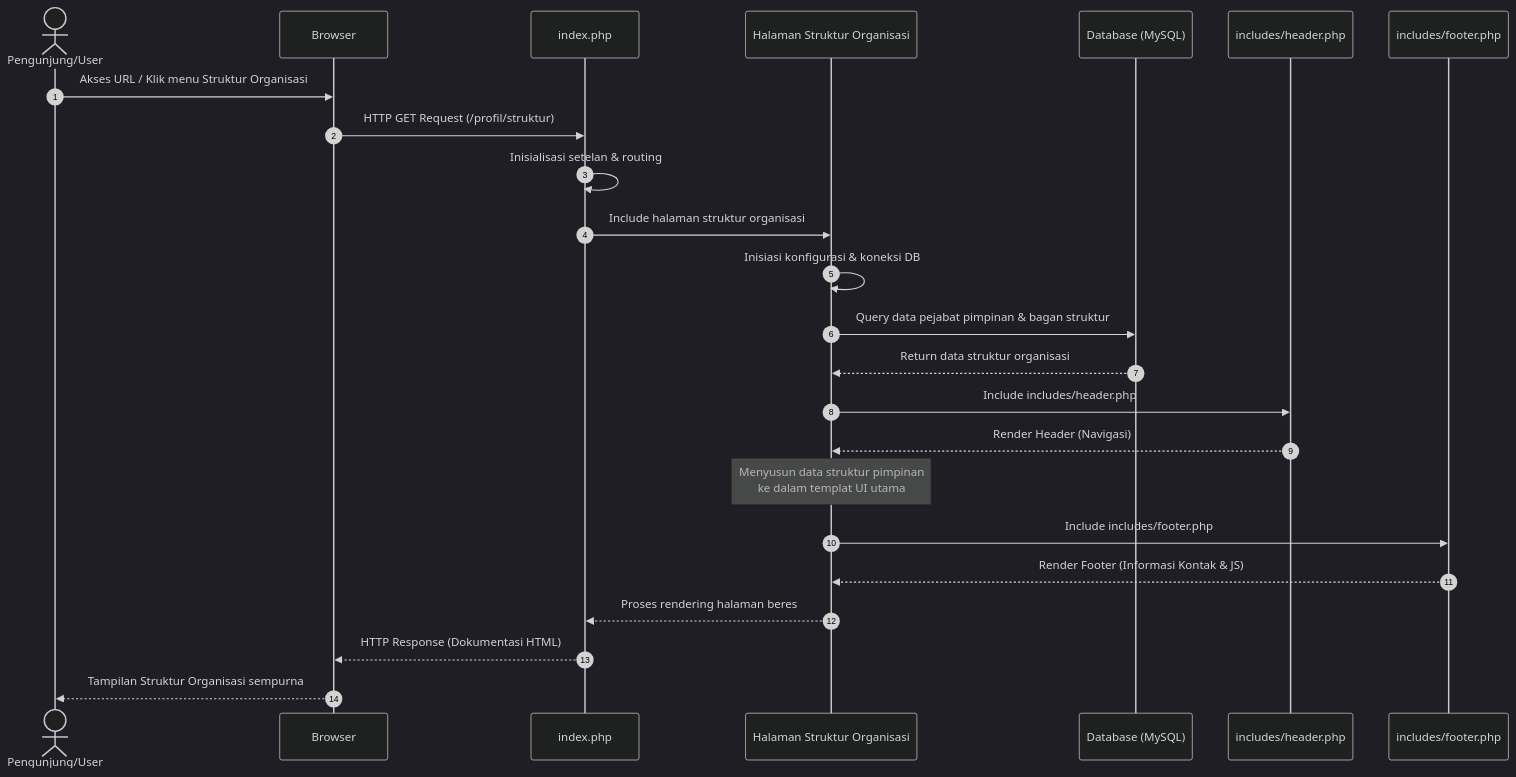
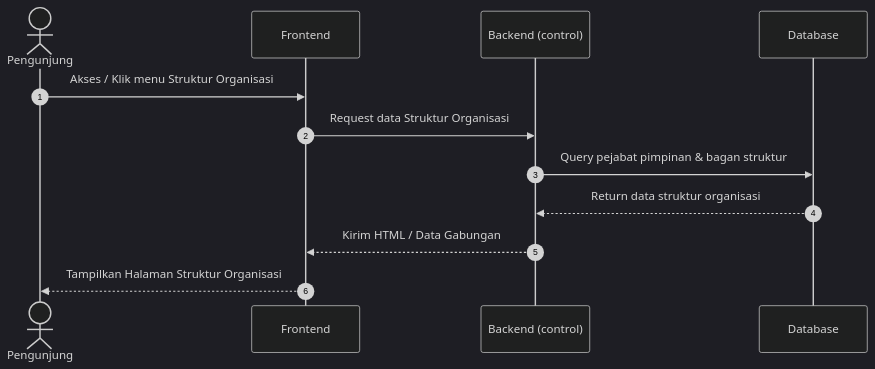
Before and after one commit to arbain-dev/Web_fikom: the third of 5 diagrams in docs/kumpulan_sequence_frontend.md, drawn with Mermaid (dark theme). The commit also changed other lines of this file and 1 other file, not shown here.

Commit message:
docs: standardisasi arsitektur 3 tier (Frontend, Backend, DB) pada seluruh sequence diagram backend

````diff
--- a/docs/kumpulan_sequence_frontend.md
+++ b/docs/kumpulan_sequence_frontend.md
@@ -64,35 +47,18 @@
 ```mermaid
 sequenceDiagram
     autonumber
     
-    actor User as Pengunjung/User
-    participant Browser
-    participant Index as index.php
-    participant Page as Halaman Struktur Organisasi
-    participant DB as Database (MySQL)
-    participant Header as includes/header.php
-    participant Footer as includes/footer.php
+    actor User as Pengunjung
+    participant Frontend
+    participant Backend as Backend (control)
+    participant DB as Database
 
-    User->>Browser: Akses URL / Klik menu Struktur Organisasi
-    Browser->>Index: HTTP GET Request (/profil/struktur)
+    User->>Frontend: Akses / Klik menu Struktur Organisasi
+    Frontend->>Backend: Request data Struktur Organisasi
     
-    Index->>Index: Inisialisasi setelan & routing
-    Index->>Page: Include halaman struktur organisasi
+    Backend->>DB: Query pejabat pimpinan & bagan struktur
+    DB-->>Backend: Return data struktur organisasi
     
-    Page->>Page: Inisiasi konfigurasi & koneksi DB
-    
-    Page->>DB: Query data pejabat pimpinan & bagan struktur
-    DB-->>Page: Return data struktur organisasi
-    
-    Page->>Header: Include includes/header.php
-    Header-->>Page: Render Header (Navigasi)
-    
-    Note over Page: Menyusun data struktur pimpinan<br/>ke dalam templat UI utama
-    
-    Page->>Footer: Include includes/footer.php
-    Footer-->>Page: Render Footer (Informasi Kontak & JS)
-    
-    Page-->>Index: Proses rendering halaman beres
-    Index-->>Browser: HTTP Response (Dokumentasi HTML)
-    Browser-->>User: Tampilan Struktur Organisasi sempurna
+    Backend-->>Frontend: Kirim HTML / Data Gabungan
+    Frontend-->>User: Tampilkan Halaman Struktur Organisasi
 ```
````
